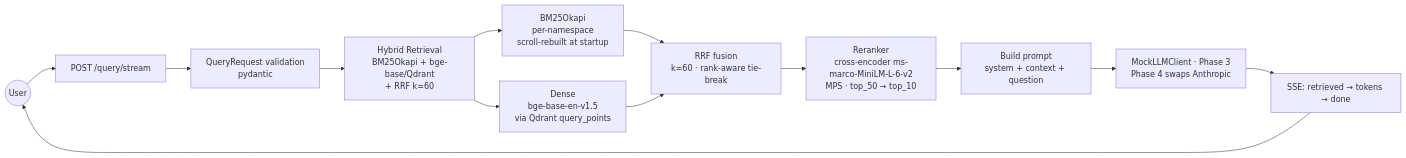
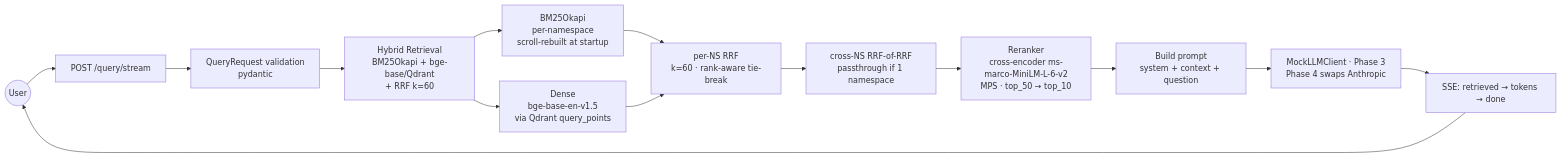
The third of 4 diagrams in ARCHITECTURE.md (meizhuixu/devdocs-rag), drawn with Mermaid before and after one commit. The commit also changed other lines of this file and 1 other file, not shown here.

First line of the commit message:
docs(phase-4): D19/D20/D21 decision log + Mermaid + README closeout

````diff
--- a/ARCHITECTURE.md
+++ b/ARCHITECTURE.md
@@ -98,18 +98,19 @@
 ```mermaid
 flowchart LR
     U((User)) --> API[POST /query/stream]
     API --> V[QueryRequest validation<br/>pydantic]
     V --> H[Hybrid Retrieval<br/>BM25Okapi + bge-base/Qdrant<br/>+ RRF k=60]
 
     H --> B[BM25Okapi<br/>per-namespace<br/>scroll-rebuilt at startup]
     H --> D[Dense<br/>bge-base-en-v1.5<br/>via Qdrant query_points]
-    B --> F[RRF fusion<br/>k=60 · rank-aware tie-break]
+    B --> F[per-NS RRF<br/>k=60 · rank-aware tie-break]
     D --> F
+    F --> X[cross-NS RRF-of-RRF<br/>passthrough if 1 namespace]
 
-    F --> RR[Reranker<br/>cross-encoder ms-marco-MiniLM-L-6-v2<br/>MPS · top_50 → top_10]
+    X --> RR[Reranker<br/>cross-encoder ms-marco-MiniLM-L-6-v2<br/>MPS · top_50 → top_10]
     RR --> P[Build prompt<br/>system + context + question]
 
     P --> MK[MockLLMClient · Phase 3<br/>Phase 4 swaps Anthropic]
     MK --> S[SSE: retrieved → tokens → done]
     S --> U
 ```
````
